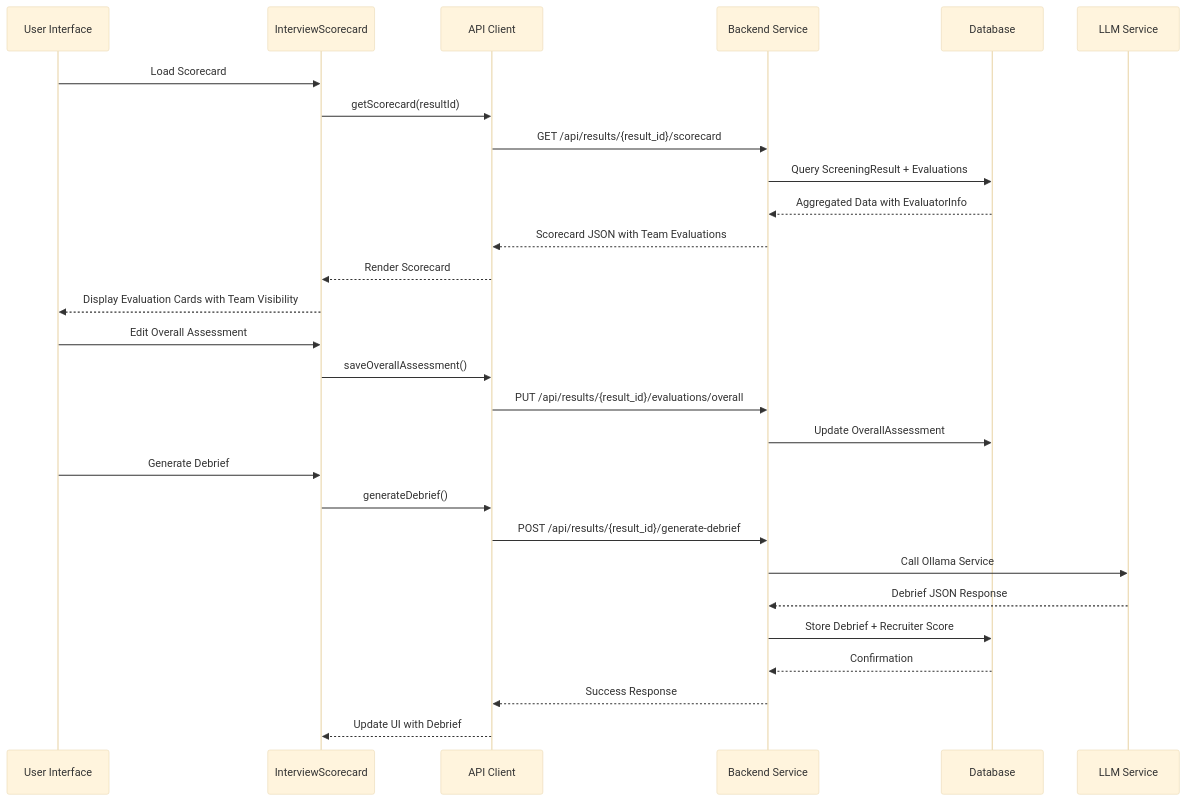
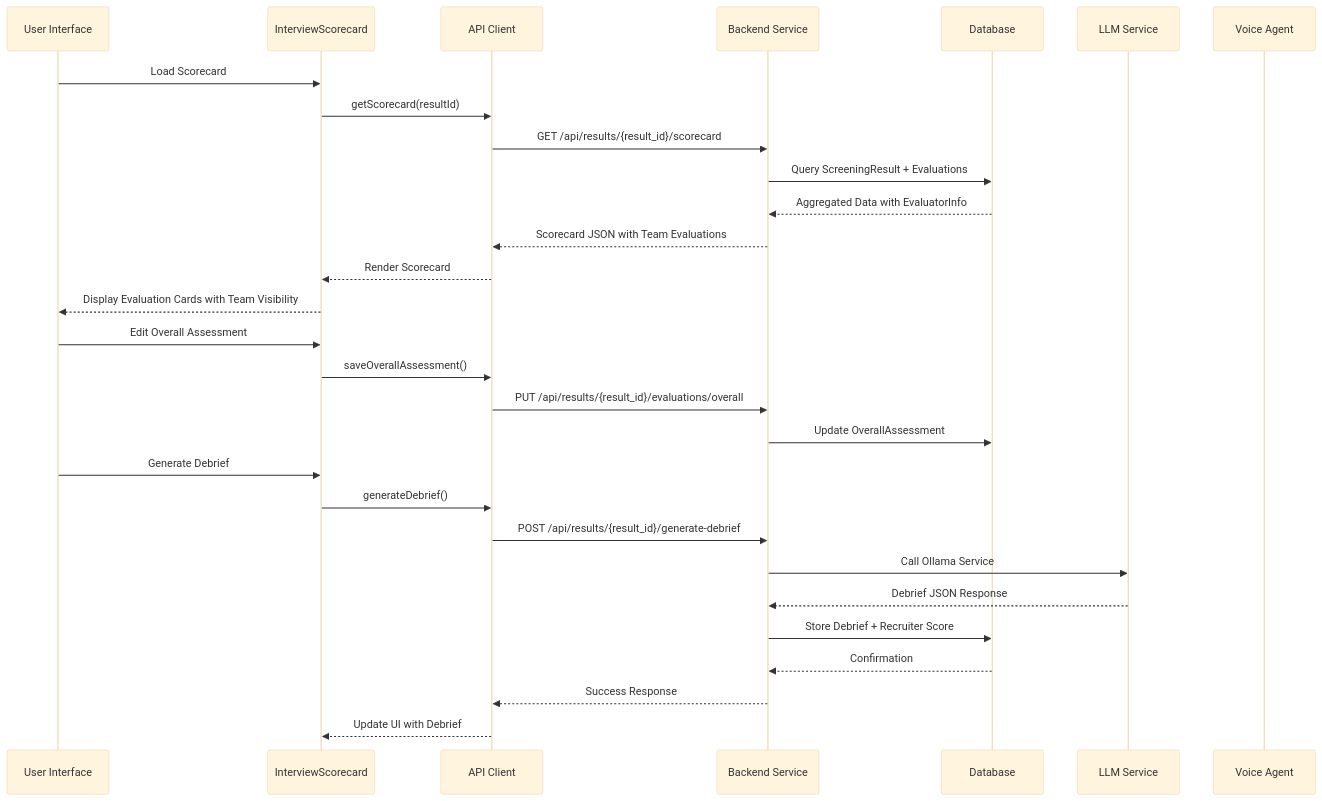
One commit to Revanththetalogics/aireume changed the second of 12 diagrams in .qoder/repowiki/en/content/Frontend Architecture/Component Library/Interview Scorecard Component.md. Above: the diagram before and after it, drawn with Mermaid (base theme). The commit also changed other lines of this file and 32 other files, not shown here.

````diff
--- a/.qoder/repowiki/en/content/Frontend Architecture/Component Library/Interview Scorecard Component.md
+++ b/.qoder/repowiki/en/content/Frontend Architecture/Component Library/Interview Scorecard Component.md
@@ -133,30 +143,31 @@
 ```mermaid
 sequenceDiagram
 participant User as User Interface
 participant IS as InterviewScorecard
 participant API as API Client
 participant BE as Backend Service
 participant DB as Database
 participant LLM as LLM Service
+participant VA as Voice Agent
 User->>IS : Load Scorecard
 IS->>API : getScorecard(resultId)
 API->>BE : GET /api/results/{result_id}/scorecard
 BE->>DB : Query ScreeningResult + Evaluations
 DB-->>BE : Aggregated Data with EvaluatorInfo
 BE-->>API : Scorecard JSON with Team Evaluations
 API-->>IS : Render Scorecard
 IS-->>User : Display Evaluation Cards with Team Visibility
 User->>IS : Edit Overall Assessment
 IS->>API : saveOverallAssessment()
 API->>BE : PUT /api/results/{result_id}/evaluations/overall
 BE->>DB : Update OverallAssessment
 User->>IS : Generate Debrief
 IS->>API : generateDebrief()
 API->>BE : POST /api/results/{result_id}/generate-debrief
 BE->>LLM : Call Ollama Service
 LLM-->>BE : Debrief JSON Response
 BE->>DB : Store Debrief + Recruiter Score
 DB-->>BE : Confirmation
 BE-->>API : Success Response
 API-->>IS : Update UI with Debrief
 ```
````
